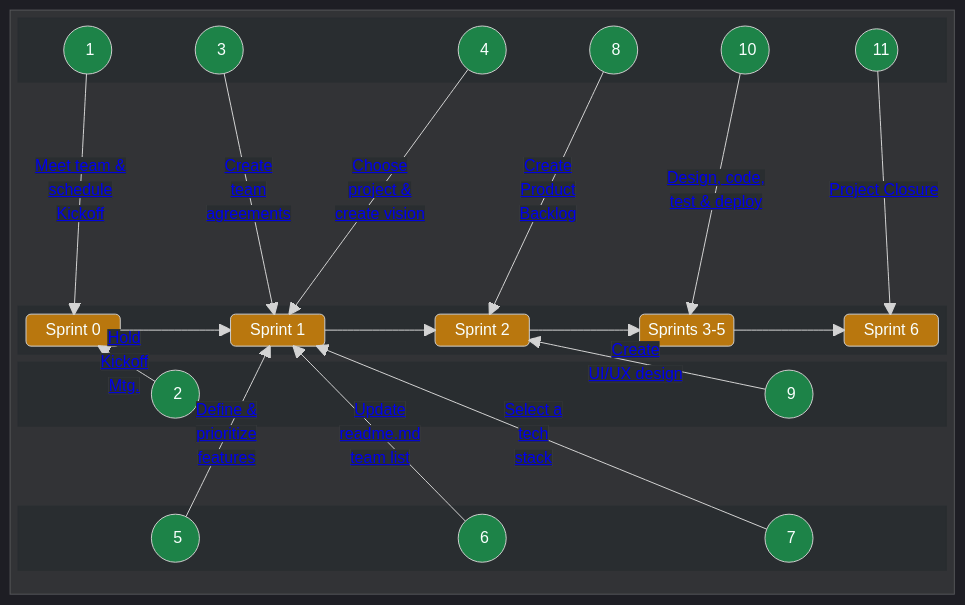
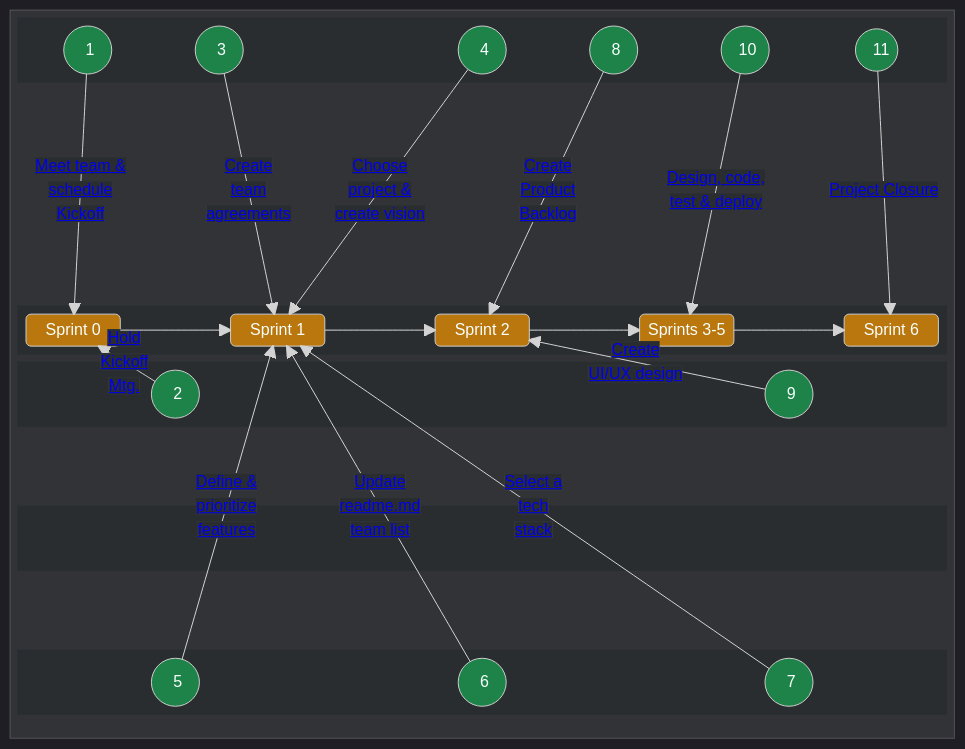
Before and after one commit to chingu-voyages/Handbook: the first of 2 diagrams in docs/guides/voyage/voyage.md, drawn with Mermaid.

Commit message:
Feature: Define Sprint 0 details [WIP]

```diff
--- a/docs/guides/voyage/voyage.md
+++ b/docs/guides/voyage/voyage.md
@@ -103,6 +103,10 @@
       space
       block:B0BOTTOML2
         columns 11
+      end
+      space
+      block:B0BOTTOML3
+        columns 11
         A5(("&nbsp;&nbsp;&nbsp; 5 &nbsp;&nbsp;"))
         A6(("&nbsp;&nbsp;&nbsp; 6 &nbsp;&nbsp;"))       
         A7(("&nbsp;&nbsp;&nbsp; 7 &nbsp;&nbsp;"))
@@ -130,6 +134,7 @@
     style B0CENTER stroke:#292d30,fill:#292d30
     style B0BOTTOML1 stroke:#292d30,fill:#292d30
     style B0BOTTOML2 stroke:#292d30,fill:#292d30
+    style B0BOTTOML3 stroke:#292d30,fill:#292d30
         
     style A1 color:#f0f6fc,fill:#1d8348
     style A2 color:#f0f6fc,fill:#1d8348
```
